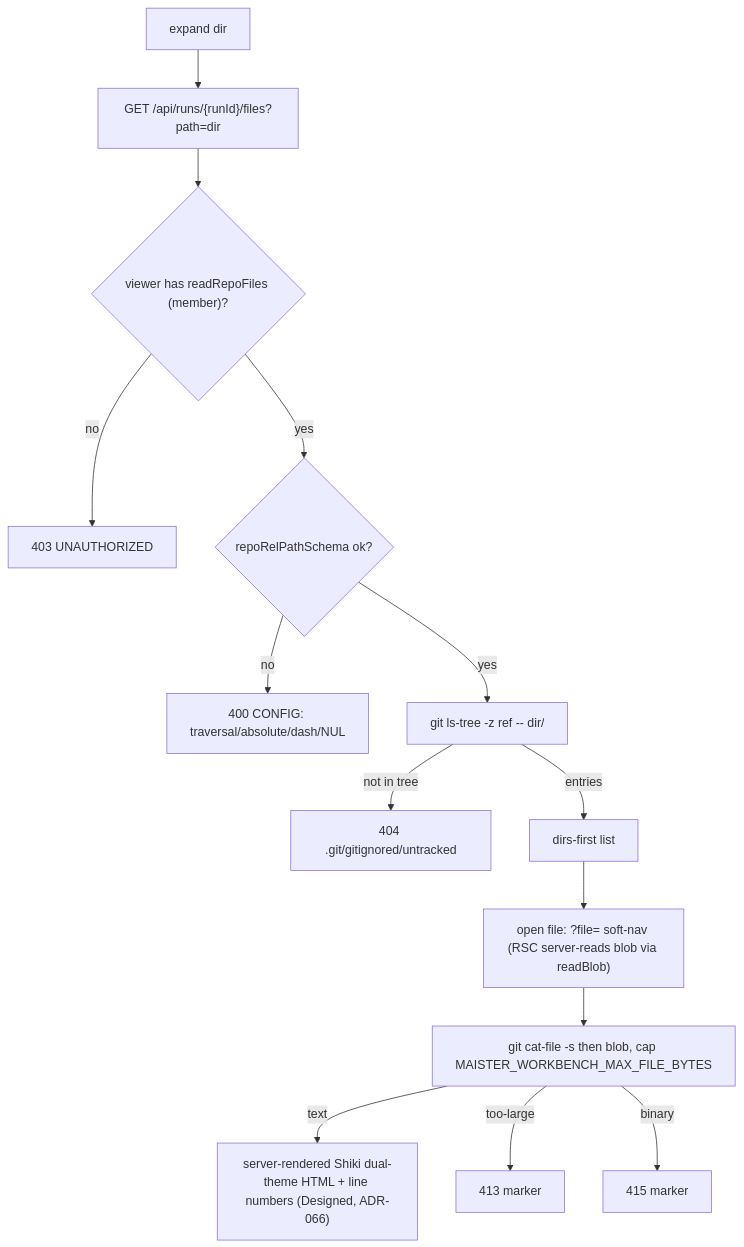
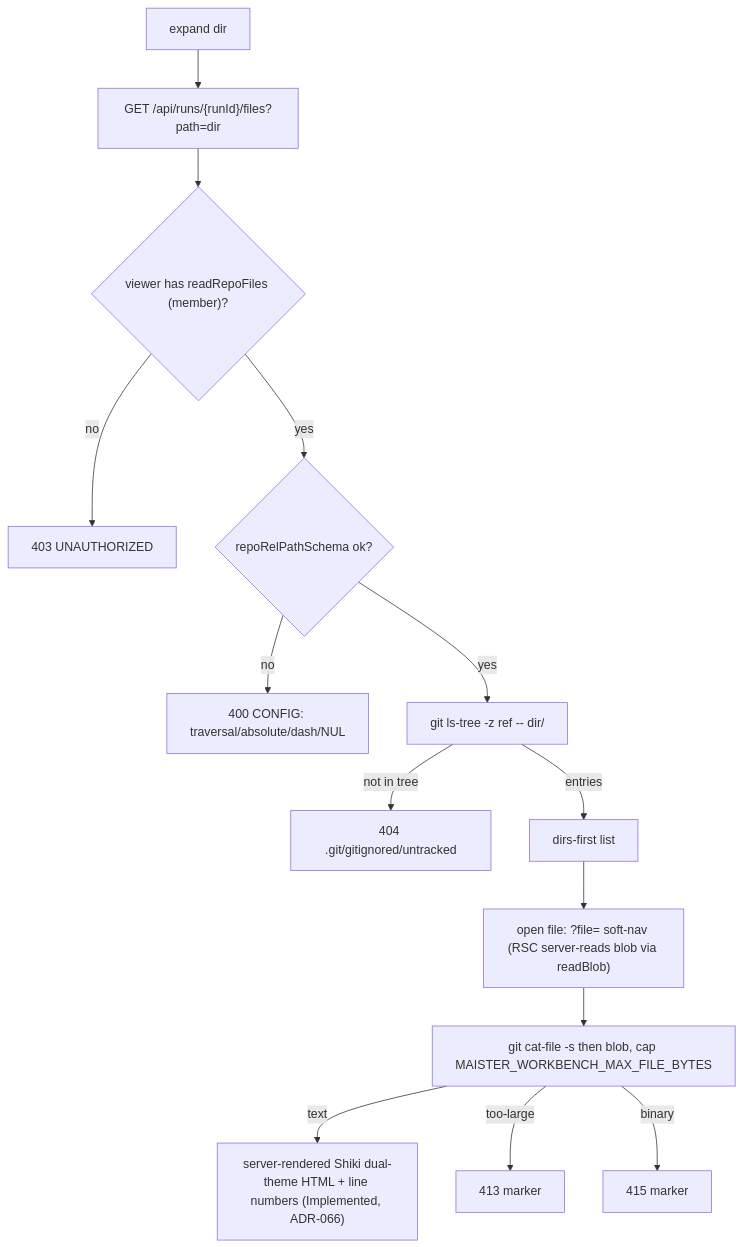
Before and after one commit to maister-dev/maister: the fourth of 5 diagrams in docs/system-analytics/workbench.md, drawn with Mermaid. The commit also changed other lines of this file and 26 other files, not shown here.

First line of the commit message:
feat(workbench): server-rendered Shiki file viewer + ?file= deep-link

````diff
--- a/docs/system-analytics/workbench.md
+++ b/docs/system-analytics/workbench.md
@@ -141,16 +140,16 @@
 ```mermaid
 flowchart TD
     Expand["expand dir"] --> Files["GET /api/runs/{runId}/files?path=dir"]
     Files --> Gate{"viewer has readRepoFiles (member)?"}
     Gate -- no --> F403["403 UNAUTHORIZED"]
     Gate -- yes --> Val{"repoRelPathSchema ok?"}
     Val -- no --> F400["400 CONFIG: traversal/absolute/dash/NUL"]
     Val -- yes --> LsTree["git ls-tree -z ref -- dir/"]
     LsTree -- not in tree --> F404["404 .git/gitignored/untracked"]
     LsTree -- entries --> Render["dirs-first list"]
     Render --> OpenF["open file: ?file= soft-nav (RSC server-reads blob via readBlob)"]
     OpenF --> Blob["git cat-file -s then blob, cap MAISTER_WORKBENCH_MAX_FILE_BYTES"]
-    Blob -- text --> Pre["server-rendered Shiki dual-theme HTML + line numbers (Designed, ADR-066)"]
+    Blob -- text --> Pre["server-rendered Shiki dual-theme HTML + line numbers (Implemented, ADR-066)"]
     Blob -- too-large --> F413["413 marker"]
     Blob -- binary --> F415["415 marker"]
 ```
````
